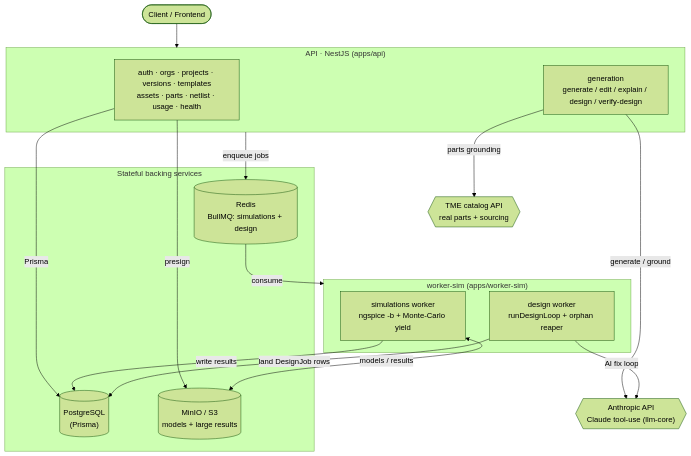
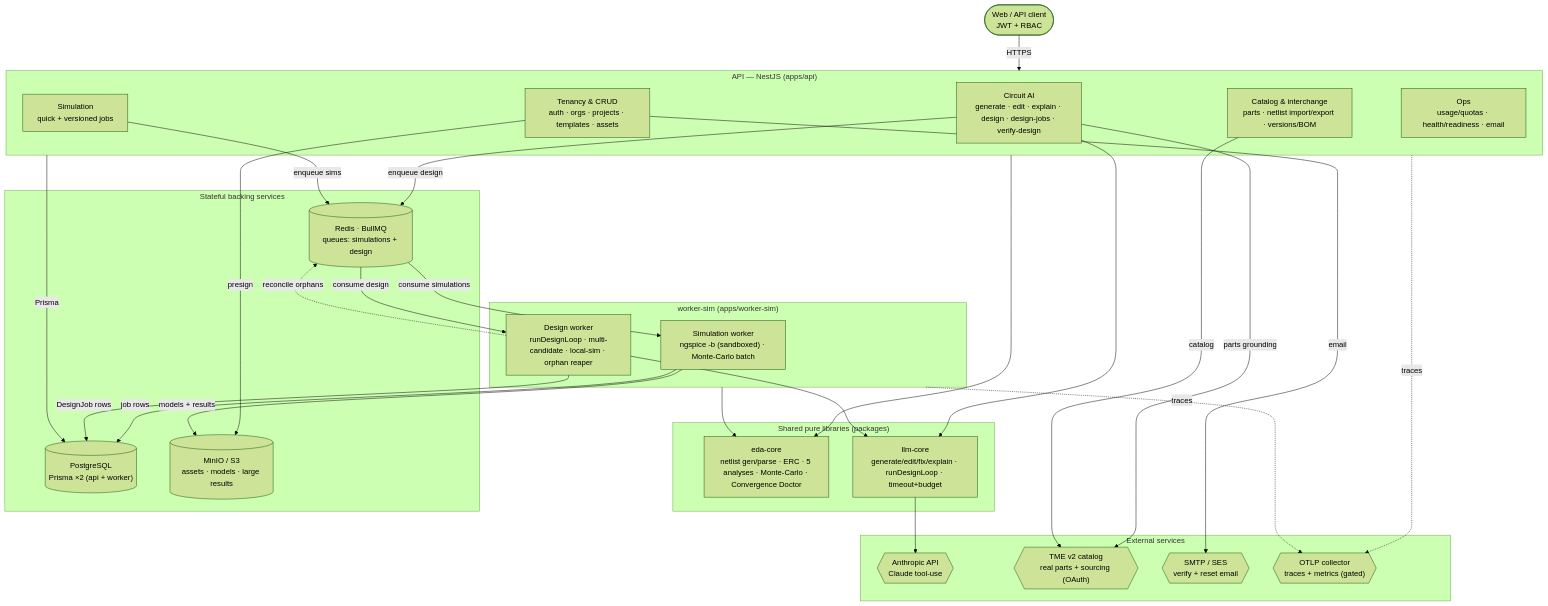
The first of 2 diagrams in README.md (Abdulberk/circuit-forge), drawn with Mermaid (forest theme) before and after one commit. The commit also changed other lines of this file, not shown here.

First paragraph of the commit message:
docs(readme): expand architecture into a complete system diagram + closed-loop sequence
The single high-level flowchart was too sparse. Grounded in a 5-dimension code map of the real
architecture (100 components / 161 edges surveyed), the Architecture section now shows:

````diff
--- a/README.md
+++ b/README.md
@@ -34,36 +38,59 @@
 ```mermaid
 flowchart TB
-    client(["Client / Frontend"])
+    client(["Web / API client<br/>JWT + RBAC"])
 
-    subgraph API["API · NestJS (apps/api)"]
-        core["auth · orgs · projects · versions · templates<br/>assets · parts · netlist · usage · health"]
-        gen["generation<br/>generate / edit / explain / design / verify-design"]
+    subgraph api["API — NestJS (apps/api)"]
+        api_ai["Circuit AI<br/>generate · edit · explain · design · design-jobs · verify-design"]
+        api_sim["Simulation<br/>quick + versioned jobs"]
+        api_cat["Catalog & interchange<br/>parts · netlist import/export · versions/BOM"]
+        api_ten["Tenancy & CRUD<br/>auth · orgs · projects · templates · assets"]
+        api_ops["Ops<br/>usage/quotas · health/readiness · email"]
     end
 
-    subgraph STORES["Stateful backing services"]
-        pg[("PostgreSQL<br/>(Prisma)")]
-        redis[("Redis<br/>BullMQ: simulations + design")]
-        s3[("MinIO / S3<br/>models + large results")]
+    subgraph pkg["Shared pure libraries (packages)"]
+        eda["eda-core<br/>netlist gen/parse · ERC · 5 analyses · Monte-Carlo · Convergence Doctor"]
+        llm["llm-core<br/>generate/edit/fix/explain · runDesignLoop · timeout+budget"]
     end
 
-    subgraph WORKER["worker-sim (apps/worker-sim)"]
-        simw["simulations worker<br/>ngspice -b + Monte-Carlo yield"]
-        designw["design worker<br/>runDesignLoop + orphan reaper"]
+    subgraph data["Stateful backing services"]
+        pg[("PostgreSQL<br/>Prisma ×2 (api + worker)")]
+        redis[("Redis · BullMQ<br/>queues: simulations + design")]
+        s3[("MinIO / S3<br/>assets · models · large results")]
     end
 
-    anthropic{{"Anthropic API<br/>Claude tool-use (llm-core)"}}
-    tme{{"TME catalog API<br/>real parts + sourcing"}}
+    subgraph worker["worker-sim (apps/worker-sim)"]
+        simw["Simulation worker<br/>ngspice -b (sandboxed) · Monte-Carlo batch"]
+        designw["Design worker<br/>runDesignLoop · multi-candidate · local-sim · orphan reaper"]
+    end
 
-    client --> API
-    core -->|Prisma| pg
-    API -->|enqueue jobs| redis
-    core -->|presign| s3
-    gen -->|generate / ground| anthropic
-    gen -->|parts grounding| tme
+    subgraph ext["External services"]
+        anthropic{{"Anthropic API<br/>Claude tool-use"}}
+        tme{{"TME v2 catalog<br/>real parts + sourcing (OAuth)"}}
+        smtp{{"SMTP / SES<br/>verify + reset email"}}
+        otel{{"OTLP collector<br/>traces + metrics (gated)"}}
+    end
 
-    redis -->|consume| WORKER
-    simw -->|write results| pg
-    simw <-->|models / results| s3
-    designw -->|AI fix loop| anthropic
-    designw -->|land DesignJob rows| pg
+    client -->|HTTPS| api
+    api --> eda
+    api_ai --> llm
+    llm --> anthropic
+    api_ai -->|parts grounding| tme
+    api_cat -->|catalog| tme
+    api_ten -->|email| smtp
+    api -->|Prisma| pg
+    api_ai -->|enqueue design| redis
+    api_sim -->|enqueue sims| redis
+    api_ten -->|presign| s3
+
+    redis -->|consume simulations| simw
+    redis -->|consume design| designw
+    worker --> eda
+    designw --> llm
+    simw -->|models + results| s3
+    simw -->|job rows| pg
+    designw -->|DesignJob rows| pg
+    designw -.->|reconcile orphans| redis
+
+    api -.->|traces| otel
+    worker -.->|traces| otel
 ```
````
